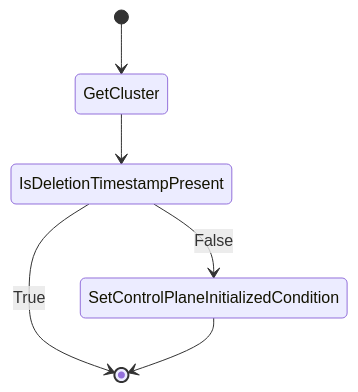
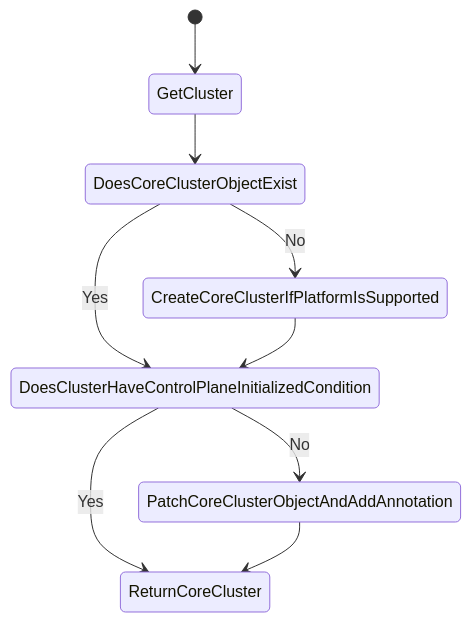
The diagram in docs/controllers/core-cluster.md (openshift/cluster-capi-operator), drawn with Mermaid before and after one commit. The commit also changed other lines of this file, not shown here.

Commit message:
Update Core Cluster controller documentation

````diff
--- a/docs/controllers/core-cluster.md
+++ b/docs/controllers/core-cluster.md
@@ -12,9 +18,11 @@
 ```mermaid
-stateDiagram-v2
-    [*] --> GetCluster
-    GetCluster --> IsDeletionTimestampPresent
-    state IsDeletionTimestampPresent <<choice>>
-    IsDeletionTimestampPresent --> [*]: True
-    IsDeletionTimestampPresent --> SetControlPlaneInitializedCondition: False
-    SetControlPlaneInitializedCondition --> [*]
+stateDiagram
+  [*] --> GetCluster
+  GetCluster --> DoesCoreClusterObjectExist
+  DoesCoreClusterObjectExist --> DoesClusterHaveControlPlaneInitializedCondition:Yes
+  DoesCoreClusterObjectExist --> CreateCoreClusterIfPlatformIsSupported:No
+  DoesClusterHaveControlPlaneInitializedCondition --> ReturnCoreCluster:Yes
+  DoesClusterHaveControlPlaneInitializedCondition --> PatchCoreClusterObjectAndAddAnnotation:No
+  PatchCoreClusterObjectAndAddAnnotation --> ReturnCoreCluster
+  CreateCoreClusterIfPlatformIsSupported --> DoesClusterHaveControlPlaneInitializedCondition
 ```
````
